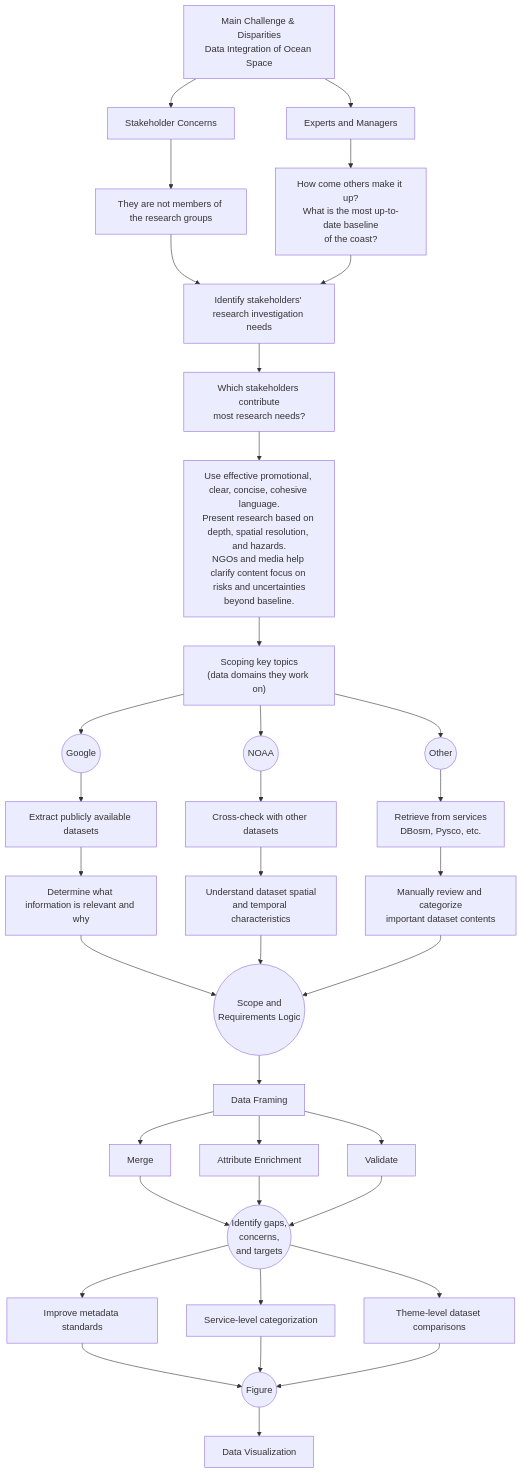
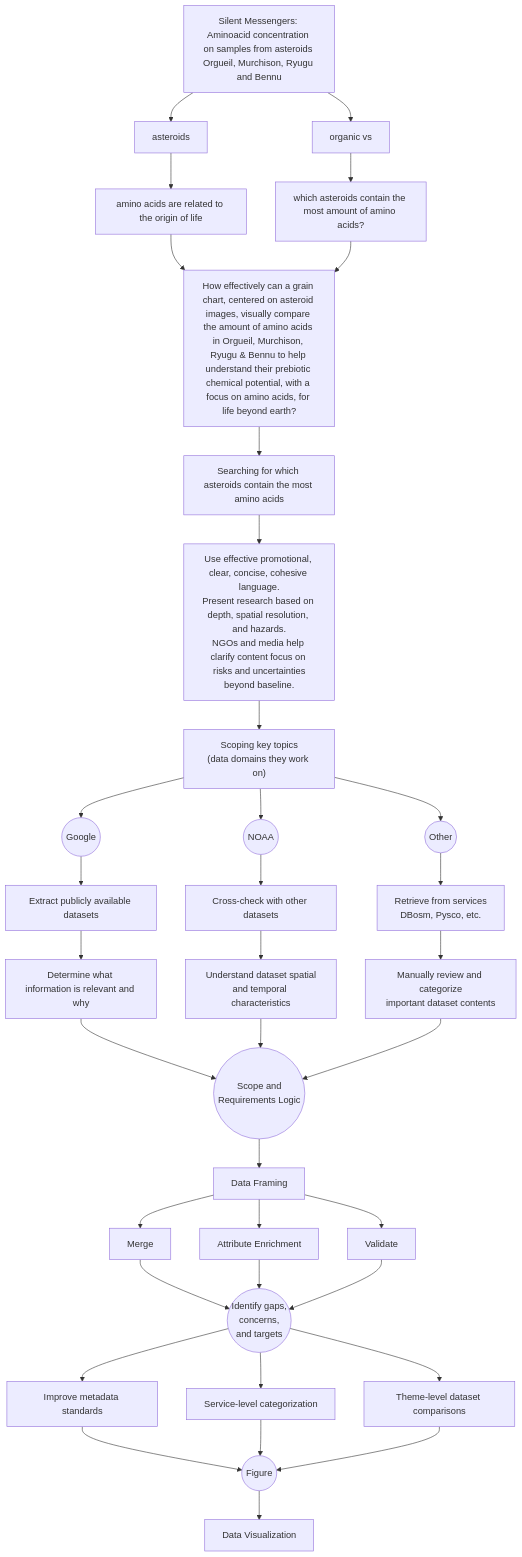
The diagram in README.md (rubenroesti/DDD-2025-Group08), drawn with Mermaid before and after one commit.

````diff
--- a/README.md
+++ b/README.md
@@ -20,77 +20,77 @@
 ```mermaid
     flowchart TD
 
 %% ============================
 %% PRELIMINARY RESEARCH
 %% ============================
 
-A["Main Challenge & Disparities\nData Integration of Ocean Space"]
+A["Silent Messengers: Aminoacid concentration on samples from asteroids Orgueil, Murchison, Ryugu and Bennu"]
 
-A --> B1["Stakeholder Concerns"]
-A --> B2["Experts and Managers"]
+A --> B1["asteroids"]
+A --> B2["organic vs"]
 
-B1 --> C1["They are not members of the research groups"]
-B2 --> C2["How come others make it up?\nWhat is the most up-to-date baseline\nof the coast?"]
+B1 --> C1["amino acids are related to the origin of life"]
+B2 --> C2["which asteroids contain the most amount of amino acids?"]
 
-C1 --> D["Identify stakeholders' research investigation needs"]
+C1 --> D["How effectively can a grain chart, centered on asteroid images, visually compare the amount of amino acids in Orgueil, Murchison, Ryugu & Bennu to help understand their prebiotic chemical potential, with a focus on amino acids, for life beyond earth?"]
 C2 --> D
 
-D --> E["Which stakeholders contribute\nmost research needs?"]
+D --> E["Searching for which asteroids contain the most amino acids"]
 
 E --> F["Use effective promotional, clear, concise, cohesive language.\nPresent research based on depth, spatial resolution, and hazards.\nNGOs and media help clarify content focus on risks and uncertainties\nbeyond baseline."]
 
 %% ============================
 %% DATA COLLECTION
 %% ============================
 
 F --> G["Scoping key topics\n(data domains they work on)"]
 
 G --> H1((Google))
 G --> H2((NOAA))
 G --> H3((Other))
 
 H1 --> I1["Extract publicly available datasets"]
 H2 --> I2["Cross-check with other datasets"]
 H3 --> I3["Retrieve from services\nDBosm, Pysco, etc."]
 
 %% ============================
 %% DATA ANALYSIS
 %% ============================
 
 I1 --> J1["Determine what information is relevant and why"]
 I2 --> J2["Understand dataset spatial\nand temporal characteristics"]
 I3 --> J3["Manually review and categorize\nimportant dataset contents"]
 
 J1 --> K((Scope and\nRequirements Logic))
 J2 --> K
 J3 --> K
 
 %% ============================
 %% DATASET BUILDING
 %% ============================
 
 K --> L["Data Framing"]
 
 L --> M1["Merge"]
 L --> M2["Attribute Enrichment"]
 L --> M3["Validate"]
 
 M1 --> N((Identify gaps,\nconcerns,\nand targets))
 M2 --> N
 M3 --> N
 
 N --> O1["Improve metadata standards"]
 N --> O2["Service-level categorization"]
 N --> O3["Theme-level dataset comparisons"]
 
 %% ============================
 %% DATA VISUALIZATION
 %% ============================
 
 O1 --> P((Figure))
 O2 --> P
 O3 --> P
 
 P --> Q["Data Visualization"]
 
 ```
````
